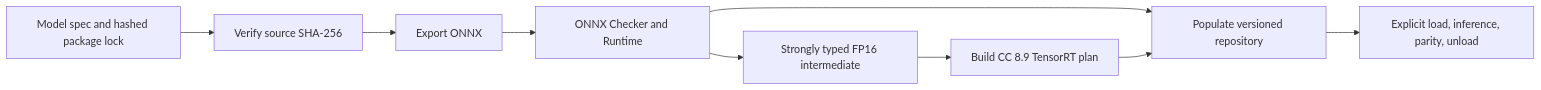
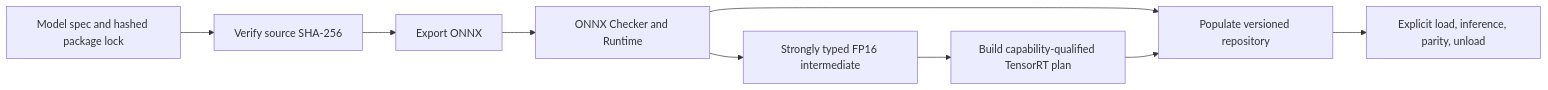
Before and after one commit to legion2440/ml-dev-ops: the fourth of 4 diagrams in ARCHITECTURE.md, drawn with Mermaid. The commit also changed other lines of this file and 22 other files, not shown here.

````diff
--- a/ARCHITECTURE.md
+++ b/ARCHITECTURE.md
@@ -209,11 +209,11 @@
 ```mermaid
 flowchart LR
     Config["Model spec and hashed package lock"] --> Weights["Verify source SHA-256"]
     Weights --> Export["Export ONNX"]
     Export --> Validate["ONNX Checker and Runtime"]
     Validate --> Cast["Strongly typed FP16 intermediate"]
-    Cast --> Optimize["Build CC 8.9 TensorRT plan"]
+    Cast --> Optimize["Build capability-qualified TensorRT plan"]
     Validate --> Repository["Populate versioned repository"]
     Optimize --> Repository
     Repository --> Verify["Explicit load, inference, parity, unload"]
 ```
````
